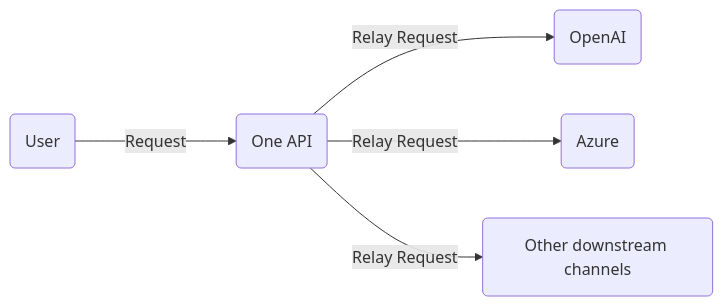
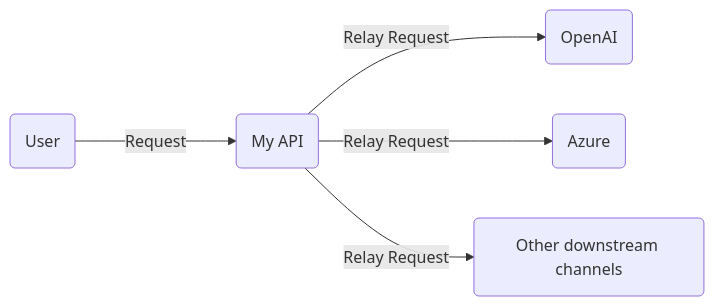
One commit to pai801/myapi changed the diagram in README.en.md. Above: the diagram before and after it, drawn with Mermaid. The commit also changed other lines of this file and 176 other files, not shown here.

````diff
--- a/README.en.md
+++ b/README.en.md
@@ -214,8 +158,8 @@
 ```mermaid
 graph LR
     A(User)
-    A --->|Request| B(One API)
+    A --->|Request| B(My API)
     B -->|Relay Request| C(OpenAI)
     B -->|Relay Request| D(Azure)
     B -->|Relay Request| E(Other downstream channels)
 ```
````
